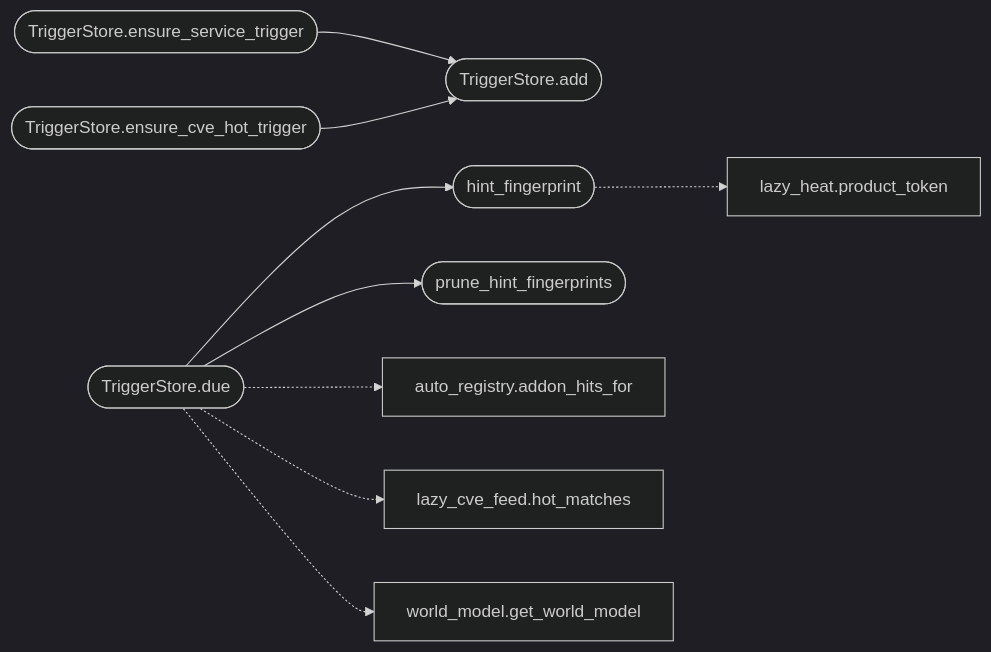
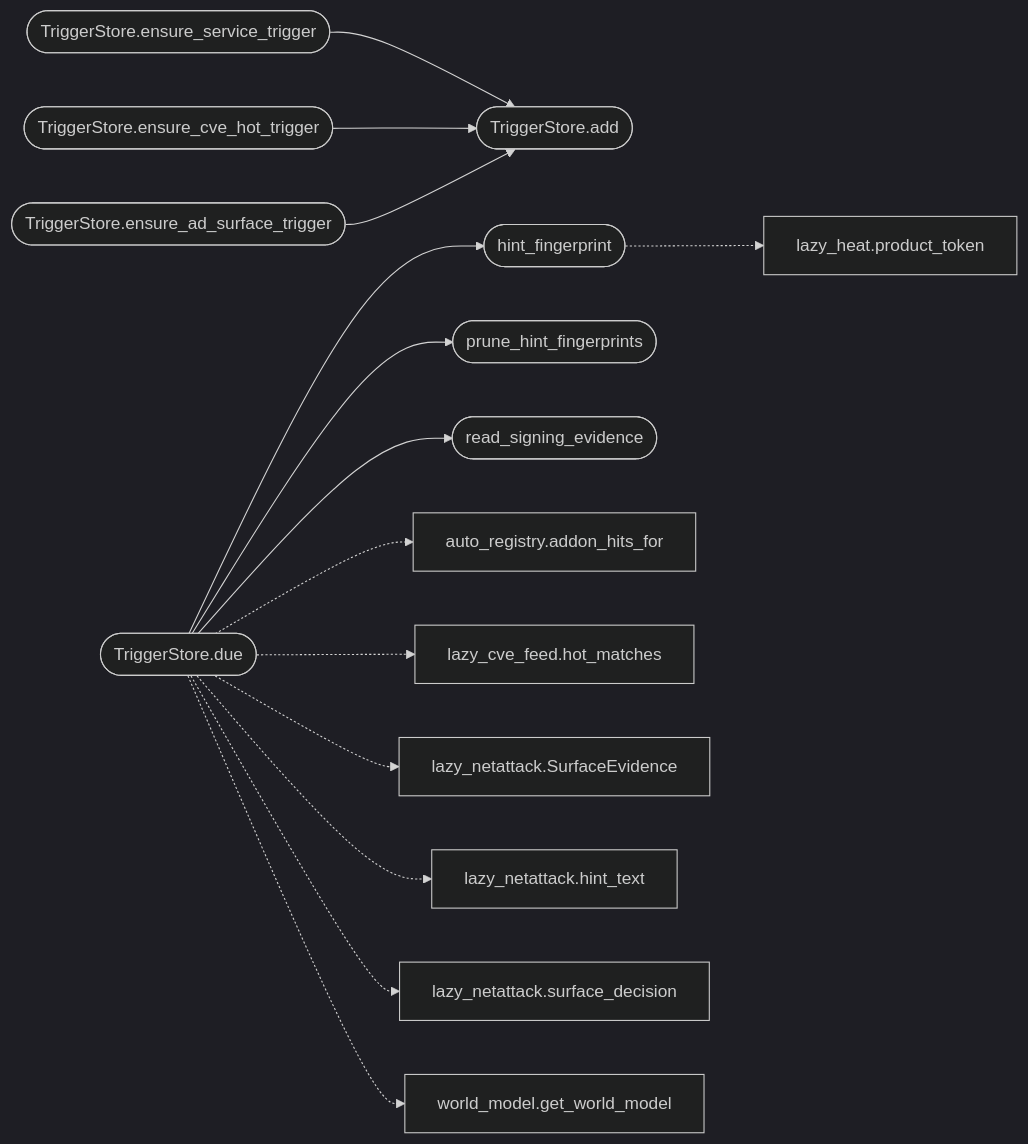
Before and after one commit to grisuno/LazyOwn: the diagram in readmenator-apidocs/modules/modules.loop_triggers.py.md, drawn with Mermaid (dark theme). The commit also changed other lines of this file and 415 other files, not shown here.

````diff
--- a/readmenator-apidocs/modules/modules.loop_triggers.py.md
+++ b/readmenator-apidocs/modules/modules.loop_triggers.py.md
@@ -30,21 +30,31 @@
 ```mermaid
 flowchart LR
     n_modules_loop_triggers_py__TriggerStore_ensure_service_trigger(["TriggerStore.ensure_service_trigger"])
     n_modules_loop_triggers_py__TriggerStore_add(["TriggerStore.add"])
     n_modules_loop_triggers_py__TriggerStore_ensure_cve_hot_trigger(["TriggerStore.ensure_cve_hot_trigger"])
+    n_modules_loop_triggers_py__TriggerStore_ensure_ad_surface_trigger(["TriggerStore.ensure_ad_surface_trigger"])
     n_modules_loop_triggers_py__TriggerStore_due(["TriggerStore.due"])
     n_modules_loop_triggers_py__hint_fingerprint(["hint_fingerprint"])
     n_modules_loop_triggers_py__prune_hint_fingerprints(["prune_hint_fingerprints"])
+    n_modules_loop_triggers_py__read_signing_evidence(["read_signing_evidence"])
     n_modules_lazy_heat_py__product_token["lazy_heat.product_token"]
     n_modules_auto_registry_py__addon_hits_for["auto_registry.addon_hits_for"]
     n_modules_lazy_cve_feed_py__hot_matches["lazy_cve_feed.hot_matches"]
+    n_modules_lazy_netattack_py__SurfaceEvidence["lazy_netattack.SurfaceEvidence"]
+    n_modules_lazy_netattack_py__hint_text["lazy_netattack.hint_text"]
+    n_modules_lazy_netattack_py__surface_decision["lazy_netattack.surface_decision"]
     n_modules_world_model_py__get_world_model["world_model.get_world_model"]
     n_modules_loop_triggers_py__TriggerStore_ensure_service_trigger --> n_modules_loop_triggers_py__TriggerStore_add
     n_modules_loop_triggers_py__TriggerStore_ensure_cve_hot_trigger --> n_modules_loop_triggers_py__TriggerStore_add
+    n_modules_loop_triggers_py__TriggerStore_ensure_ad_surface_trigger --> n_modules_loop_triggers_py__TriggerStore_add
     n_modules_loop_triggers_py__TriggerStore_due --> n_modules_loop_triggers_py__hint_fingerprint
     n_modules_loop_triggers_py__TriggerStore_due --> n_modules_loop_triggers_py__prune_hint_fingerprints
+    n_modules_loop_triggers_py__TriggerStore_due --> n_modules_loop_triggers_py__read_signing_evidence
     n_modules_loop_triggers_py__hint_fingerprint -.-> n_modules_lazy_heat_py__product_token
     n_modules_loop_triggers_py__TriggerStore_due -.-> n_modules_auto_registry_py__addon_hits_for
     n_modules_loop_triggers_py__TriggerStore_due -.-> n_modules_lazy_cve_feed_py__hot_matches
+    n_modules_loop_triggers_py__TriggerStore_due -.-> n_modules_lazy_netattack_py__SurfaceEvidence
+    n_modules_loop_triggers_py__TriggerStore_due -.-> n_modules_lazy_netattack_py__hint_text
+    n_modules_loop_triggers_py__TriggerStore_due -.-> n_modules_lazy_netattack_py__surface_decision
     n_modules_loop_triggers_py__TriggerStore_due -.-> n_modules_world_model_py__get_world_model
 ```
````
